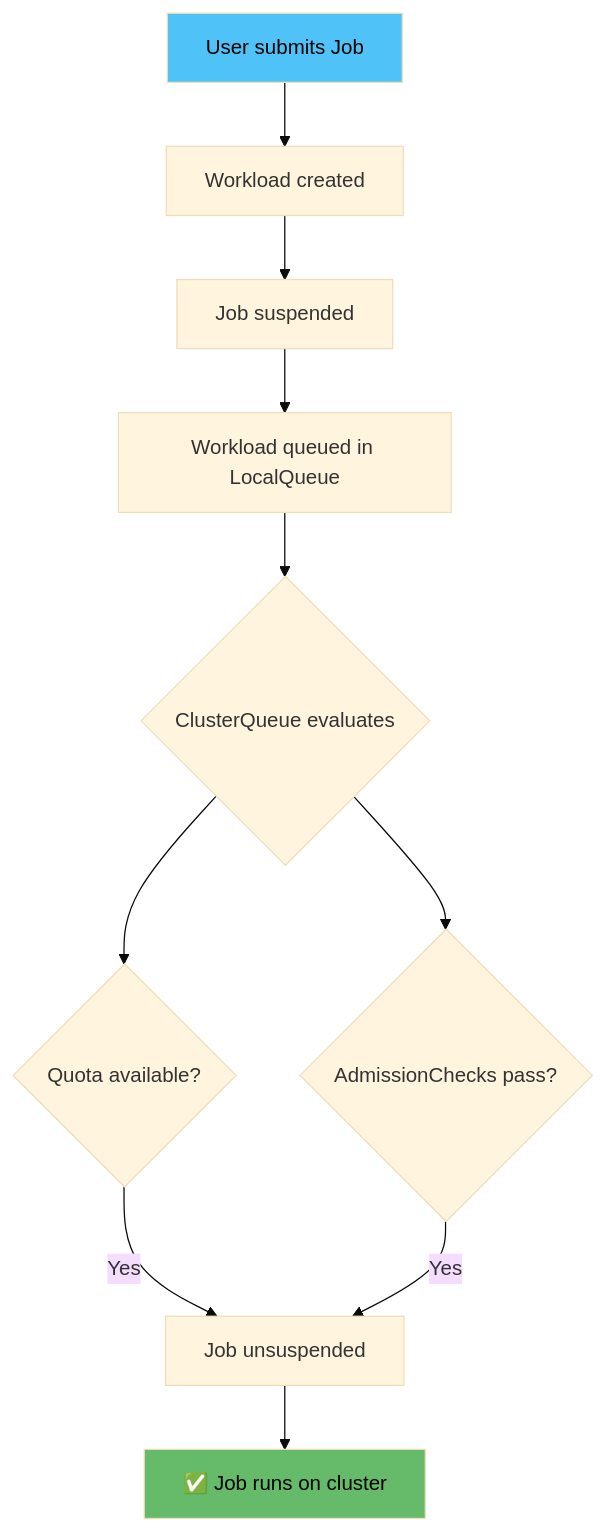
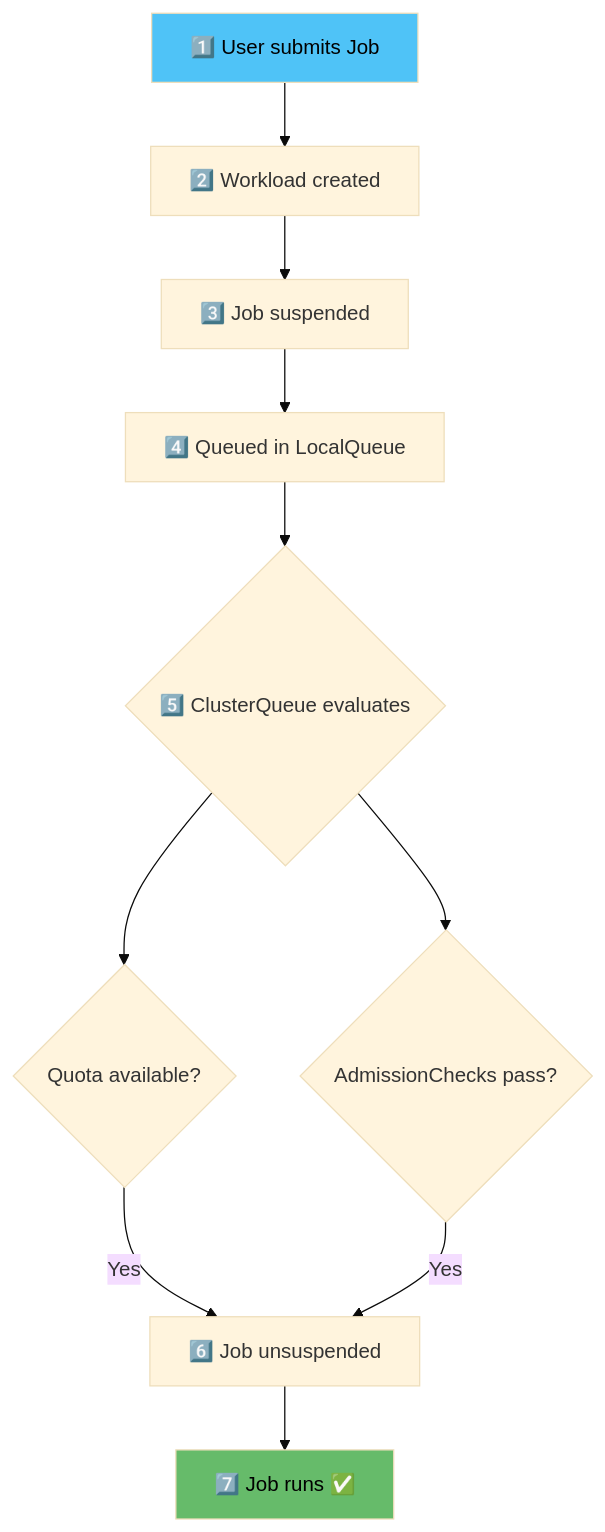
The first of 4 diagrams in docs/concepts.md (rrbanda/GPUaaS-RHACM), drawn with Mermaid (base theme) before and after one commit. The commit also changed other lines of this file, not shown here.

Commit message:
Improve Mermaid diagrams - more even block sizing and cleaner labels

````diff
--- a/docs/concepts.md
+++ b/docs/concepts.md
@@ -29,15 +29,15 @@
 ```mermaid
 flowchart TD
-    A[User submits Job] --> B[Workload created]
-    B --> C[Job suspended]
-    C --> D[Workload queued in LocalQueue]
-    D --> E{ClusterQueue evaluates}
-    E --> F{Quota available?}
-    E --> G{AdmissionChecks pass?}
-    F --> |Yes| H[Job unsuspended]
-    G --> |Yes| H
-    H --> I[✅ Job runs on cluster]
+    A["1️⃣ User submits Job"] --> B["2️⃣ Workload created"]
+    B --> C["3️⃣ Job suspended"]
+    C --> D["4️⃣ Queued in LocalQueue"]
+    D --> E{"5️⃣ ClusterQueue evaluates"}
+    E --> F{"Quota available?"}
+    E --> G{"AdmissionChecks pass?"}
+    F -->|Yes| H["6️⃣ Job unsuspended"]
+    G -->|Yes| H
+    H --> I["7️⃣ Job runs ✅"]
     
     style A fill:#4fc3f7,color:#000
     style I fill:#66bb6a,color:#000
 ```
````
